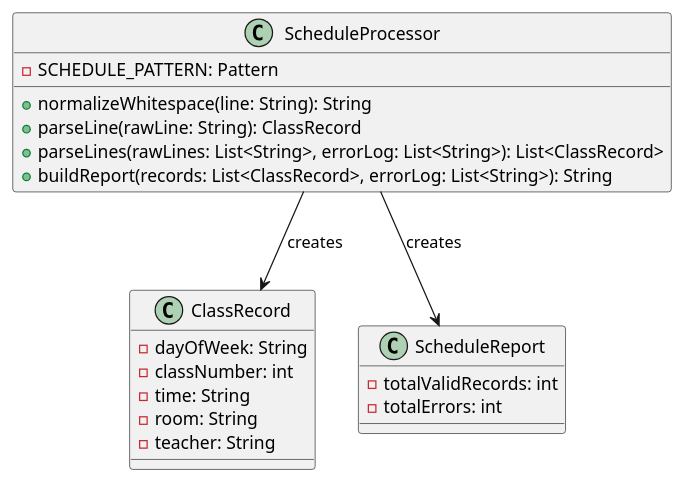
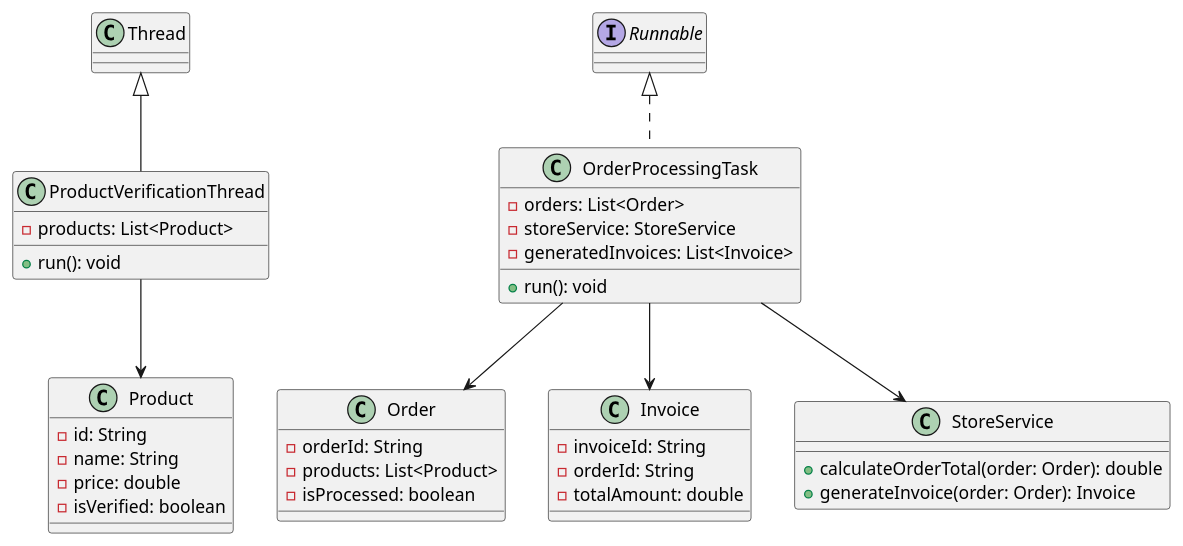
The diagram in docs/lab13/lab13-diagram.puml (ArtemGhorbenko/oop-khpi-2), drawn with PlantUML before and after one commit. The commit also changed 27 other files, not shown here.

```diff
--- a/docs/lab13/lab13-diagram.puml
+++ b/docs/lab13/lab13-diagram.puml
@@ -1,25 +1,42 @@
 @startuml
-class ClassRecord {
-  - dayOfWeek: String
-  - classNumber: int
-  - time: String
-  - room: String
-  - teacher: String
+class Product {
+  - id: String
+  - name: String
+  - price: double
+  - isVerified: boolean
 }
 
-class ScheduleReport {
-  - totalValidRecords: int
-  - totalErrors: int
+class Order {
+  - orderId: String
+  - products: List<Product>
+  - isProcessed: boolean
 }
 
-class ScheduleProcessor {
-  - SCHEDULE_PATTERN: Pattern
-  + normalizeWhitespace(line: String): String
-  + parseLine(rawLine: String): ClassRecord
-  + parseLines(rawLines: List<String>, errorLog: List<String>): List<ClassRecord>
-  + buildReport(records: List<ClassRecord>, errorLog: List<String>): String
+class Invoice {
+  - invoiceId: String
+  - orderId: String
+  - totalAmount: double
 }
 
-ScheduleProcessor --> ClassRecord : "creates"
-ScheduleProcessor --> ScheduleReport : "creates"
+class StoreService {
+  + calculateOrderTotal(order: Order): double
+  + generateInvoice(order: Order): Invoice
+}
+
+class ProductVerificationThread extends Thread {
+  - products: List<Product>
+  + run(): void
+}
+
+class OrderProcessingTask implements Runnable {
+  - orders: List<Order>
+  - storeService: StoreService
+  - generatedInvoices: List<Invoice>
+  + run(): void
+}
+
+OrderProcessingTask --> StoreService
+OrderProcessingTask --> Order
+OrderProcessingTask --> Invoice
+ProductVerificationThread --> Product
 @enduml
```
